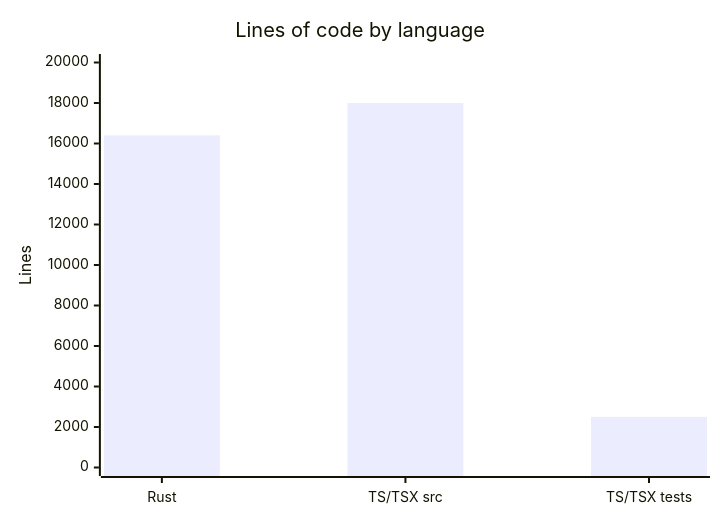
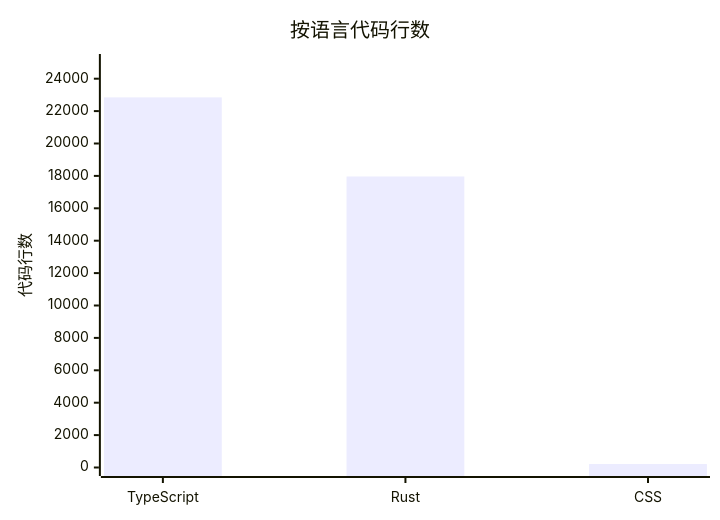
The first of 4 diagrams in droid-wiki/by-the-numbers.md (IZRINO/delta-auto-tools), drawn with Mermaid before and after one commit. The commit also changed other lines of this file and 36 other files, not shown here.

````diff
--- a/droid-wiki/by-the-numbers.md
+++ b/droid-wiki/by-the-numbers.md
@@ -19,7 +18,7 @@
 ```mermaid
 xychart-beta
-    title "Lines of code by language"
-    x-axis ["Rust", "TS/TSX src", "TS/TSX tests"]
-    y-axis "Lines" 0 --> 20000
-    bar [16400, 18000, 2500]
+    title "按语言代码行数"
+    x-axis ["TypeScript", "Rust", "CSS"]
+    y-axis "代码行数" 0 --> 25000
+    bar [22846, 17964, 214]
 ```
````
